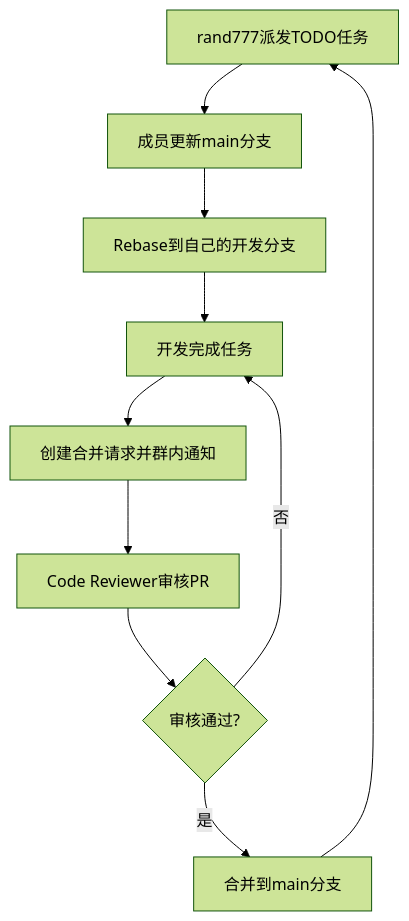
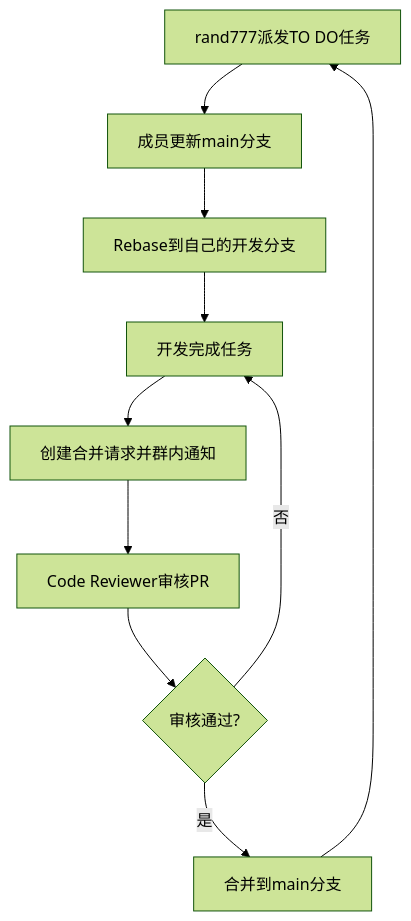
Before and after one commit to PGuideDev/PGuide-Docs: the diagram in docs/notes/contribute.md, drawn with Mermaid (forest theme).

Commit message:
refactor: avoid the concurrence of TODO

````diff
--- a/docs/notes/contribute.md
+++ b/docs/notes/contribute.md
@@ -146,12 +146,12 @@
 ```mermaid
 graph TD
-    A[rand777派发TODO任务] --> B[成员更新main分支]
+    A[rand777派发TO DO任务] --> B[成员更新main分支]
     B --> C[Rebase到自己的开发分支]
     C --> D[开发完成任务]
     D --> E[创建合并请求并群内通知]
     E --> F[Code Reviewer审核PR]
     F --> G{审核通过?}
     G -->|是| H[合并到main分支]
     G -->|否| D
     H --> A
 ```
````
